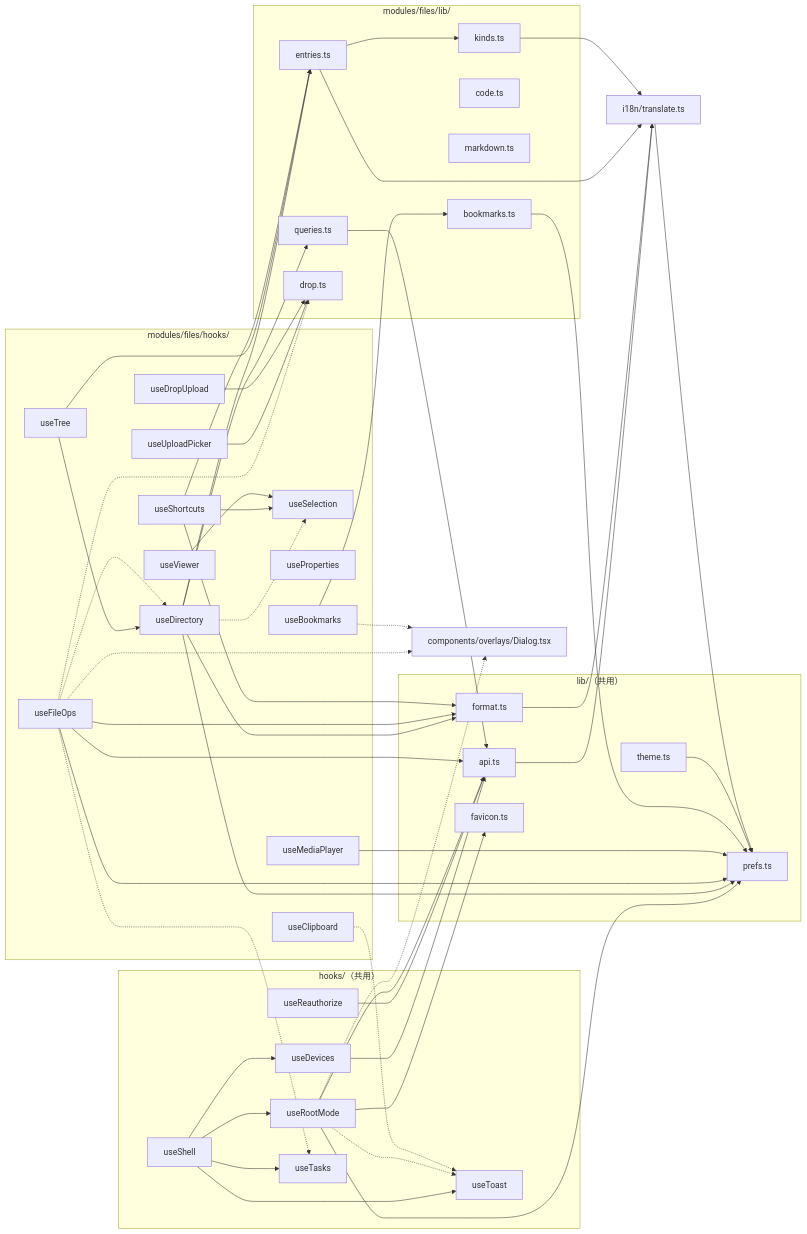
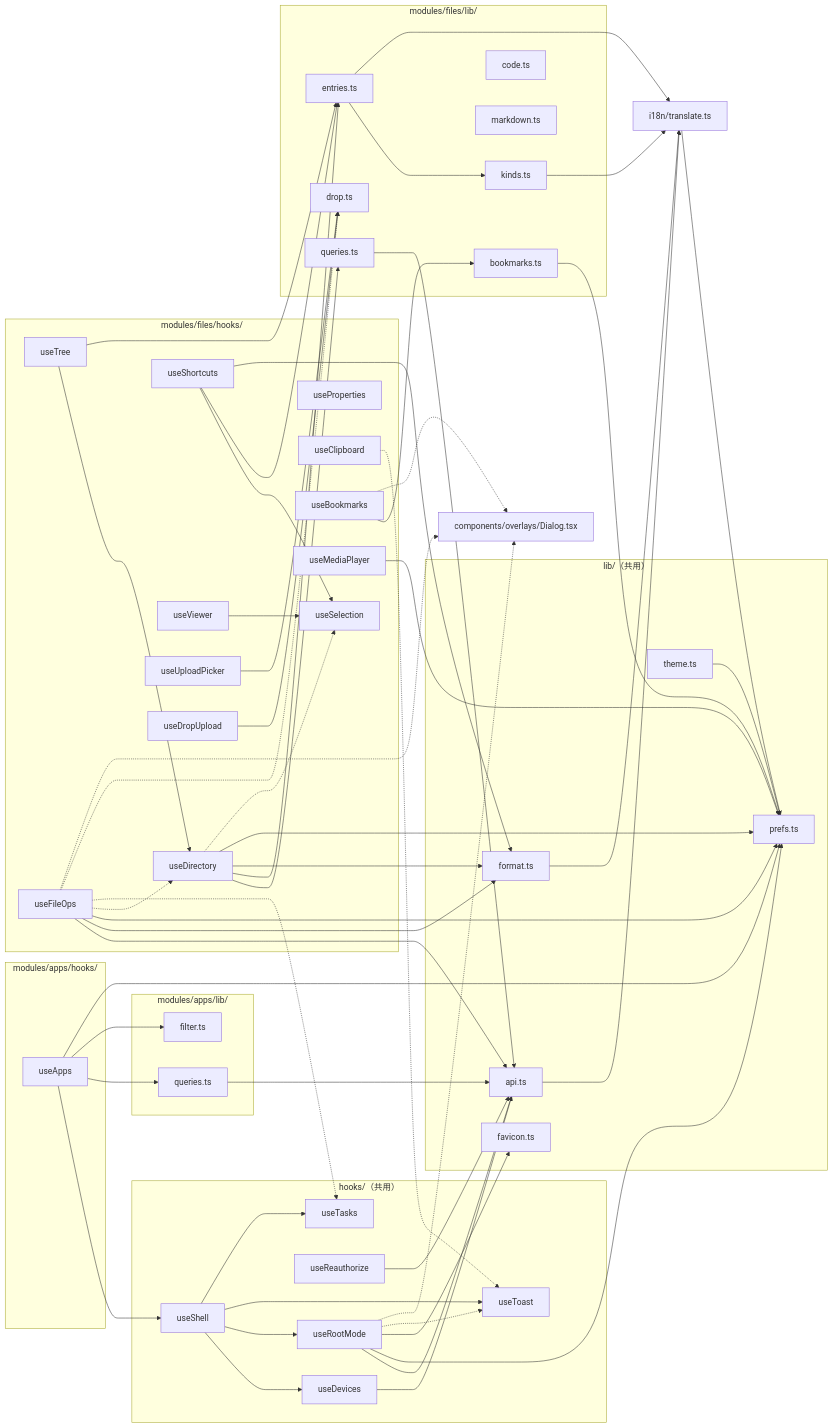
Before and after one commit to wynnyu/adb-file-manager: the sixth of 13 diagrams in docs/architecture.md, drawn with Mermaid. The commit also changed other lines of this file and 5 other files, not shown here.

```diff
--- a/docs/architecture.md
+++ b/docs/architecture.md
@@ -277,6 +289,10 @@
     useDropUpload
   end
 
+  subgraph appsHooks["modules/apps/hooks/"]
+    useApps
+  end
+
   subgraph lib["lib/（共用）"]
     api["api.ts"]
     format["format.ts"]
@@ -293,6 +309,11 @@
     markdown["markdown.ts"]
     bookmarks["bookmarks.ts"]
     drop["drop.ts"]
+  end
+
+  subgraph appsLib["modules/apps/lib/"]
+    appsQueries["queries.ts"]
+    appsFilter["filter.ts"]
   end
 
   translate["i18n/translate.ts"]
@@ -334,6 +355,11 @@
   useUploadPicker --> drop
   useDropUpload --> drop
 
+  useApps --> useShell
+  useApps --> appsQueries
+  useApps --> appsFilter
+  useApps --> prefs
+  appsQueries --> api
   queries --> api
   api --> translate
   entries --> kinds
```
